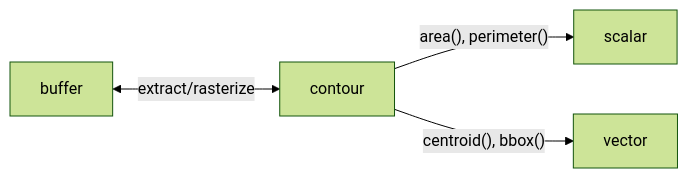
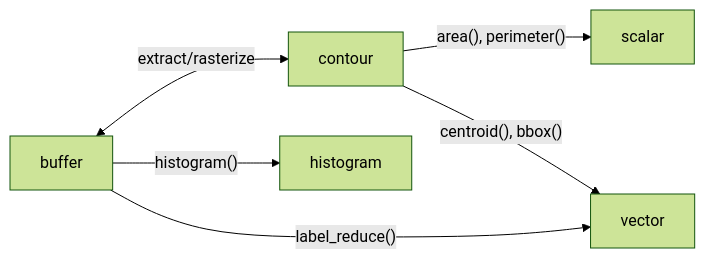
The diagram in polars-cv/docs/user-guide/concepts/domains.md (heshamdar/polars-cv), drawn with Mermaid (forest theme) before and after one commit. The commit also changed other lines of this file and 23 other files, not shown here.

````diff
--- a/polars-cv/docs/user-guide/concepts/domains.md
+++ b/polars-cv/docs/user-guide/concepts/domains.md
@@ -16,6 +17,8 @@
 ```mermaid
 flowchart LR
     Buffer["buffer"] <-->|"extract/rasterize"| Contour["contour"]
+    Buffer -->|"histogram()"| Histogram["histogram"]
+    Buffer -->|"label_reduce()"| Vector["vector"]
     Contour -->|"area(), perimeter()"| Scalar["scalar"]
-    Contour -->|"centroid(), bbox()"| Vector["vector"]
+    Contour -->|"centroid(), bbox()"| Vector
 ```
````
